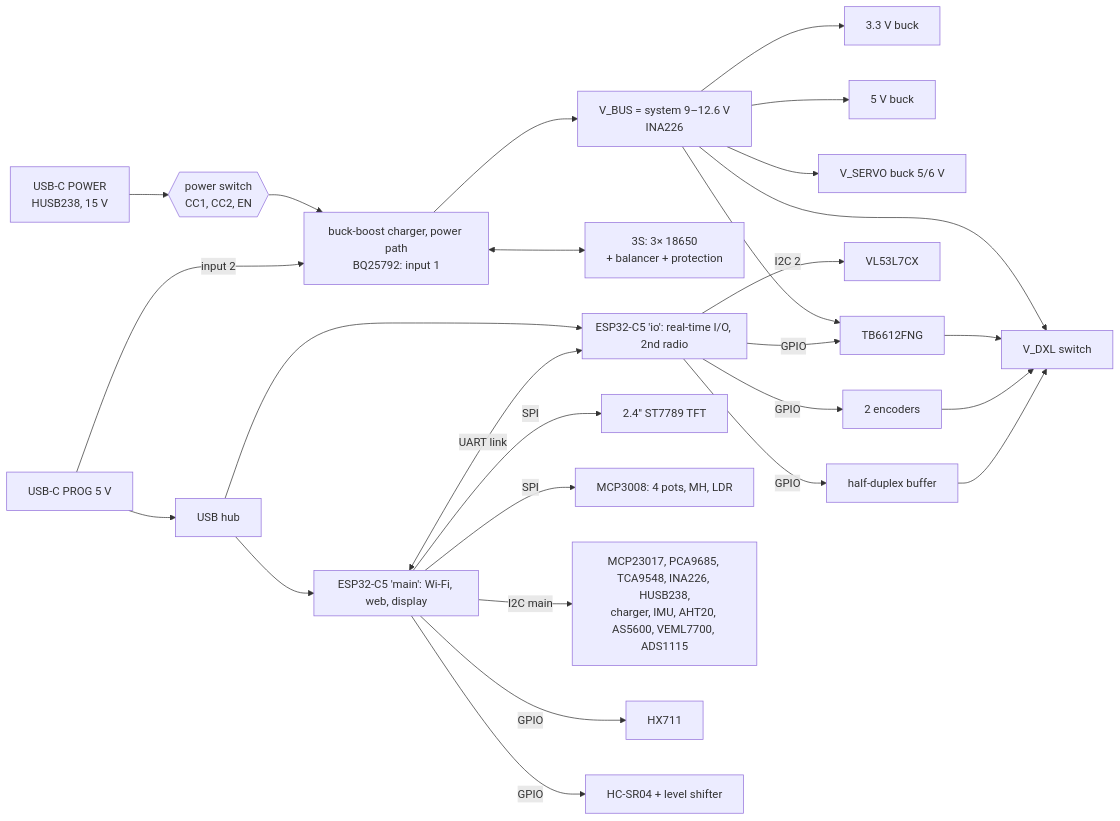
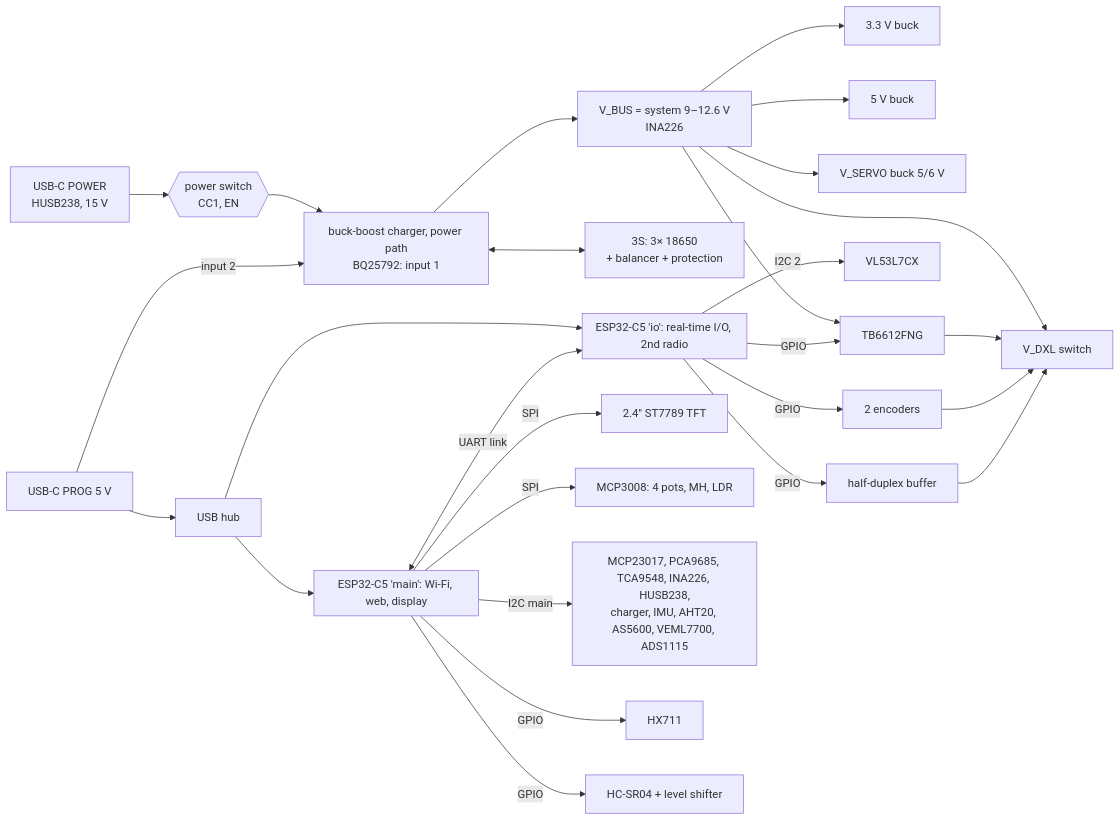
The diagram in Electronics_KiCad/PCB_SPEC.md (vgroenhuis/SensorTestSetup), drawn with Mermaid before and after one commit. The commit also changed other lines of this file and 10 other files, not shown here.

First line of the commit message:
PCB schematic: BSC0902NSI MOSFETs, DPDT power switch, common-source input FETs

````diff
--- a/Electronics_KiCad/PCB_SPEC.md
+++ b/Electronics_KiCad/PCB_SPEC.md
@@ -44,23 +44,23 @@
 ```mermaid
 flowchart LR
-  PD[USB-C POWER<br>HUSB238, 15 V] --> SW{{power switch<br>CC1, CC2, EN}}
+  PD[USB-C POWER<br>HUSB238, 15 V] --> SW{{power switch<br>CC1, EN}}
   SW --> CHG[buck-boost charger, power path<br>BQ25792: input 1]
   PROG[USB-C PROG 5 V] --> HUB[USB hub]
   PROG -- input 2 --> CHG
   HUB --> A & B
   CHG <--> BAT[3S: 3× 18650<br>+ balancer + protection]
   CHG --> VBUS[V_BUS = system 9–12.6 V<br>INA226]
   VBUS --> R33[3.3 V buck] & R5[5 V buck] & SERVO[V_SERVO buck 5/6 V] & MOT[TB6612FNG] & DXL[V_DXL switch]
   subgraph A[ESP32-C5 'main': Wi-Fi, web, display]
     direction TB
   end
   subgraph B[ESP32-C5 'io': real-time I/O, 2nd radio]
     direction TB
   end
   A <-- UART link --> B
   A -- SPI --> TFT[2.4'' ST7789 TFT] & ADC8[MCP3008: 4 pots, MH, LDR]
   A -- I2C main --> I2CDEV[MCP23017, PCA9685, TCA9548, INA226, HUSB238,<br>charger, IMU, AHT20, AS5600, VEML7700, ADS1115]
   A -- GPIO --> HX[HX711] & US[HC-SR04 + level shifter]
   B -- I2C 2 --> TOF[VL53L7CX]
   B -- GPIO --> MOT & ENC[2 encoders] & DXLBUF[half-duplex buffer] --> DXL
 ```
````
